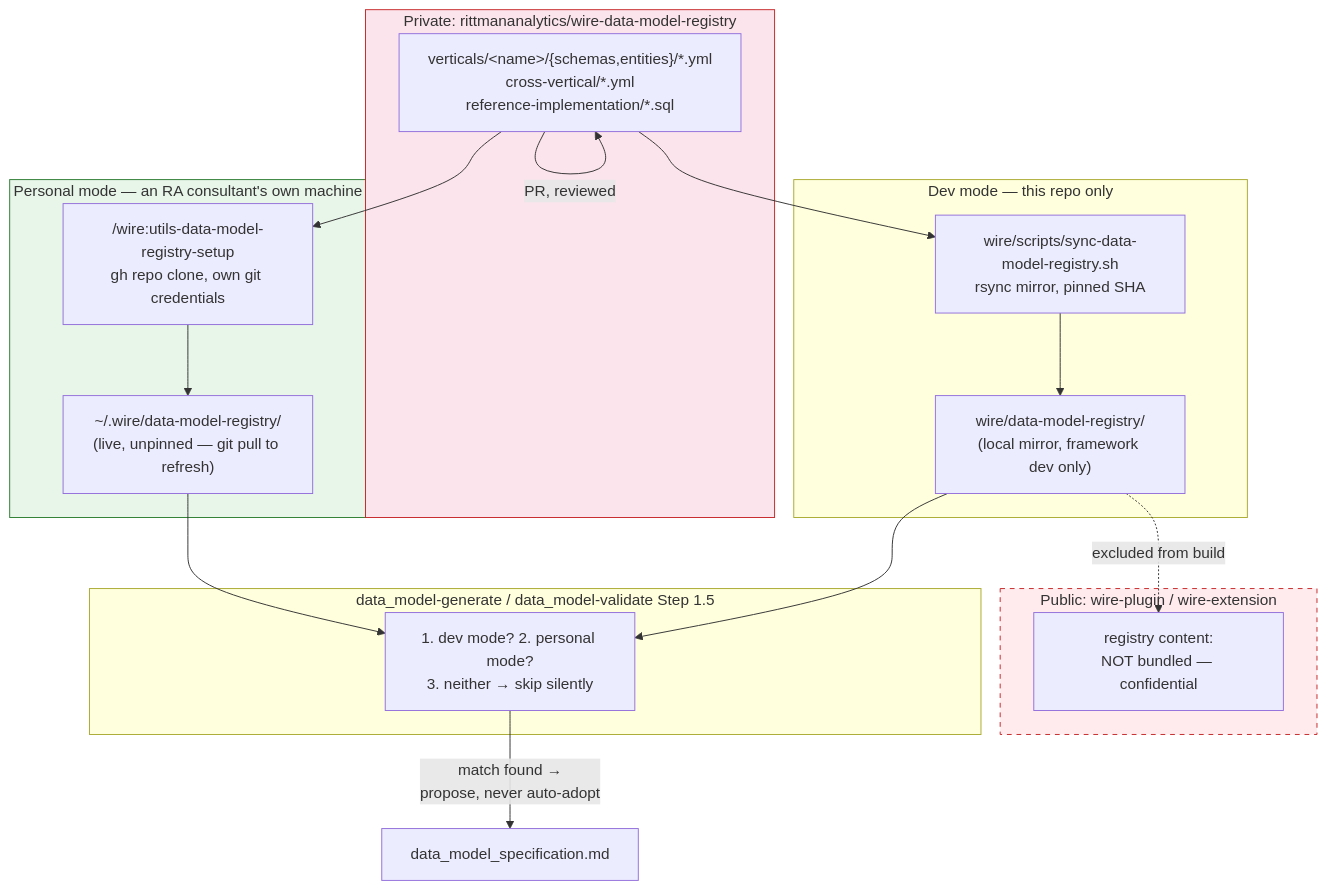
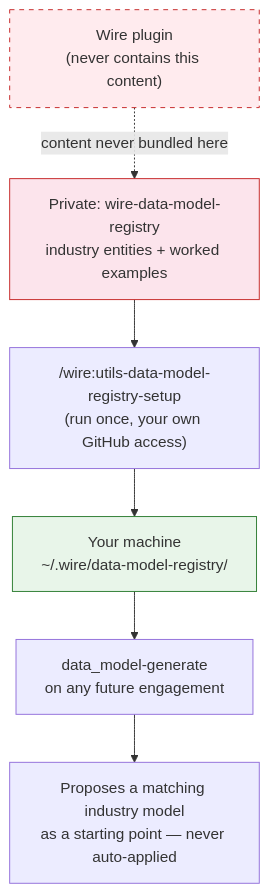
One commit to rittmananalytics/wire-plugin-preview changed the second of 2 diagrams in docs-site/docs/advanced/registries.md. Above: the diagram before and after it, drawn with Mermaid. The commit also changed other lines of this file and 1 other file, not shown here.

Commit message:
Wire Framework plugin v4.0.0-preview — remove framework-developer mechanics from consultant docs
The data model registry section described a dev-mode/personal-mode split
that was internal build mechanics, not something a consultant running an
engagement needs. Simplified to: run the setup command once, using your
own GitHub access; Wire finds it automatically after that.

````diff
--- a/docs-site/docs/advanced/registries.md
+++ b/docs-site/docs/advanced/registries.md
@@ -71,38 +73,17 @@
 ```mermaid
 flowchart TB
-    subgraph priv["Private: rittmananalytics/wire-data-model-registry"]
-        DMR["verticals/&lt;name&gt;/{schemas,entities}/*.yml<br/>cross-vertical/*.yml<br/>reference-implementation/*.sql"]
-    end
+    DMR["Private: wire-data-model-registry<br/>industry entities + worked examples"]
+    SETUP["/wire:utils-data-model-registry-setup<br/>(run once, your own GitHub access)"]
+    HOME["Your machine<br/>~/.wire/data-model-registry/"]
+    PLUGIN["Wire plugin<br/>(never contains this content)"]
+    GEN["data_model-generate<br/>on any future engagement"]
+    RESULT["Proposes a matching industry model<br/>as a starting point — never auto-applied"]
 
-    subgraph devmode["Dev mode — this repo only"]
-        SYNC2["wire/scripts/sync-data-model-registry.sh<br/>rsync mirror, pinned SHA"]
-        LOCAL2["wire/data-model-registry/<br/>(local mirror, framework dev only)"]
-    end
+    DMR --> SETUP --> HOME
+    PLUGIN -.->|"content never bundled here"| DMR
+    HOME --> GEN --> RESULT
 
-    subgraph personalmode["Personal mode — an RA consultant's own machine"]
-        SETUP["/wire:utils-data-model-registry-setup<br/>gh repo clone, own git credentials"]
-        HOME["~/.wire/data-model-registry/<br/>(live, unpinned — git pull to refresh)"]
-    end
-
-    subgraph pub2["Public: wire-plugin / wire-extension"]
-        NOPE["registry content:<br/>NOT bundled — confidential"]
-    end
-
-    DMR -->|"PR, reviewed"| DMR
-    DMR --> SYNC2 --> LOCAL2
-    DMR --> SETUP --> HOME
-
-    LOCAL2 -.->|excluded from build| NOPE
-
-    subgraph gen["data_model-generate / data_model-validate Step 1.5"]
-        CHECK["1. dev mode? 2. personal mode?<br/>3. neither → skip silently"]
-    end
-
-    LOCAL2 --> CHECK
-    HOME --> CHECK
-    CHECK -->|"match found →<br/>propose, never auto-adopt"| RESULT["data_model_specification.md"]
-
-    style priv fill:#fce4ec,stroke:#c62828
-    style pub2 fill:#ffebee,stroke:#c62828,stroke-dasharray: 5 5
-    style personalmode fill:#e8f5e9,stroke:#2e7d32
+    style DMR fill:#fce4ec,stroke:#c62828
+    style PLUGIN fill:#ffebee,stroke:#c62828,stroke-dasharray: 5 5
+    style HOME fill:#e8f5e9,stroke:#2e7d32
 ```
````
